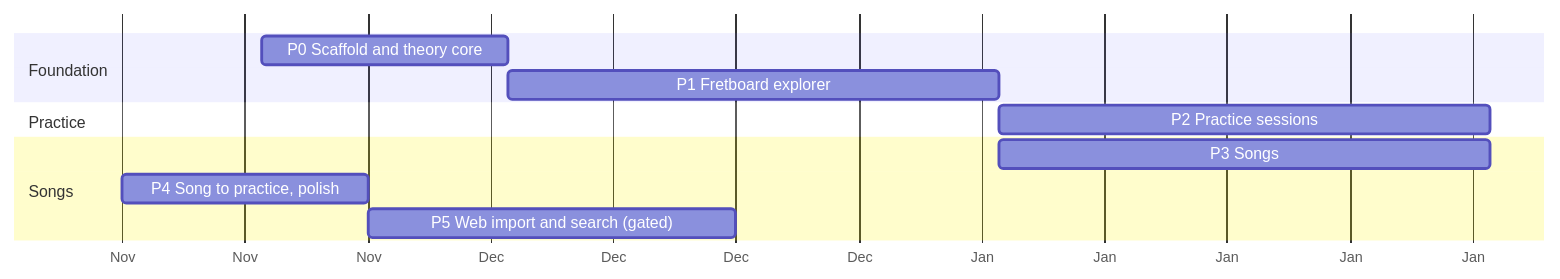
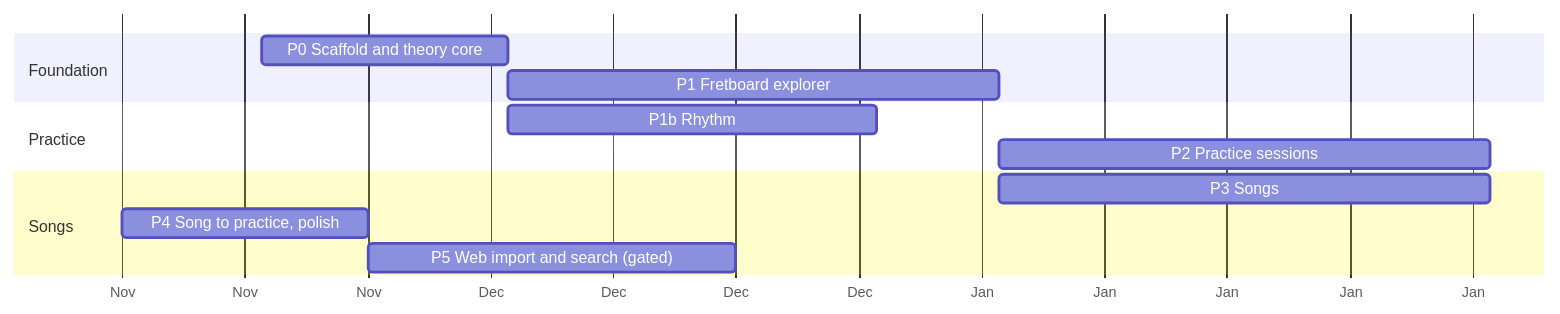
Before and after one commit to stainedhead/mackey-guitar-tutor: the diagram in docs/roadmap.md, drawn with Mermaid. The commit also changed other lines of this file and 6 other files, not shown here.

````diff
--- a/docs/roadmap.md
+++ b/docs/roadmap.md
@@ -5,14 +5,15 @@
 ```mermaid
 gantt
     dateFormat YYYY-MM-DD
     axisFormat %b
     section Foundation
     P0 Scaffold and theory core     :p0, 2026-11-23, 2w
     P1 Fretboard explorer           :p1, after p0, 4w
     section Practice
+    P1b Rhythm: metronome and drums :p1b, after p0, 3w
     P2 Practice sessions            :p2, after p1, 4w
     section Songs
     P3 Songs: paste and ChordPro    :p3, after p1, 4w
     P4 Song to practice, polish     :p4, after p3, 2w
     P5 Web import and search (gated):p5, after p4, 3w
 ```
````
